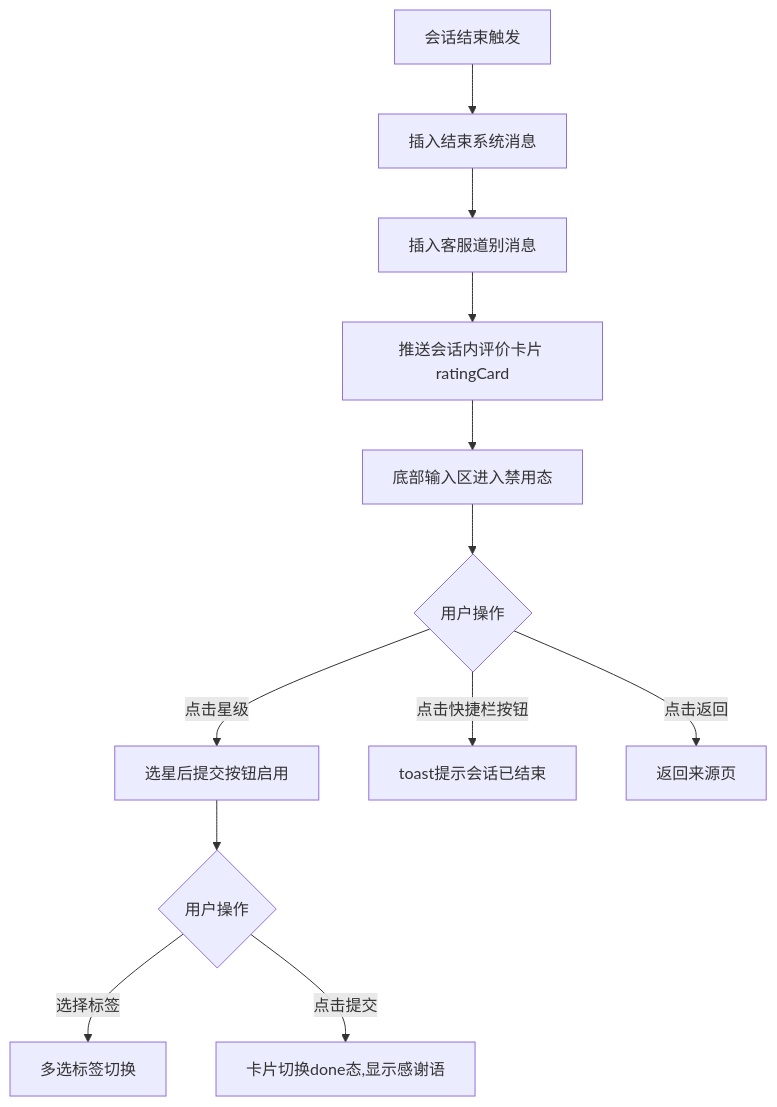
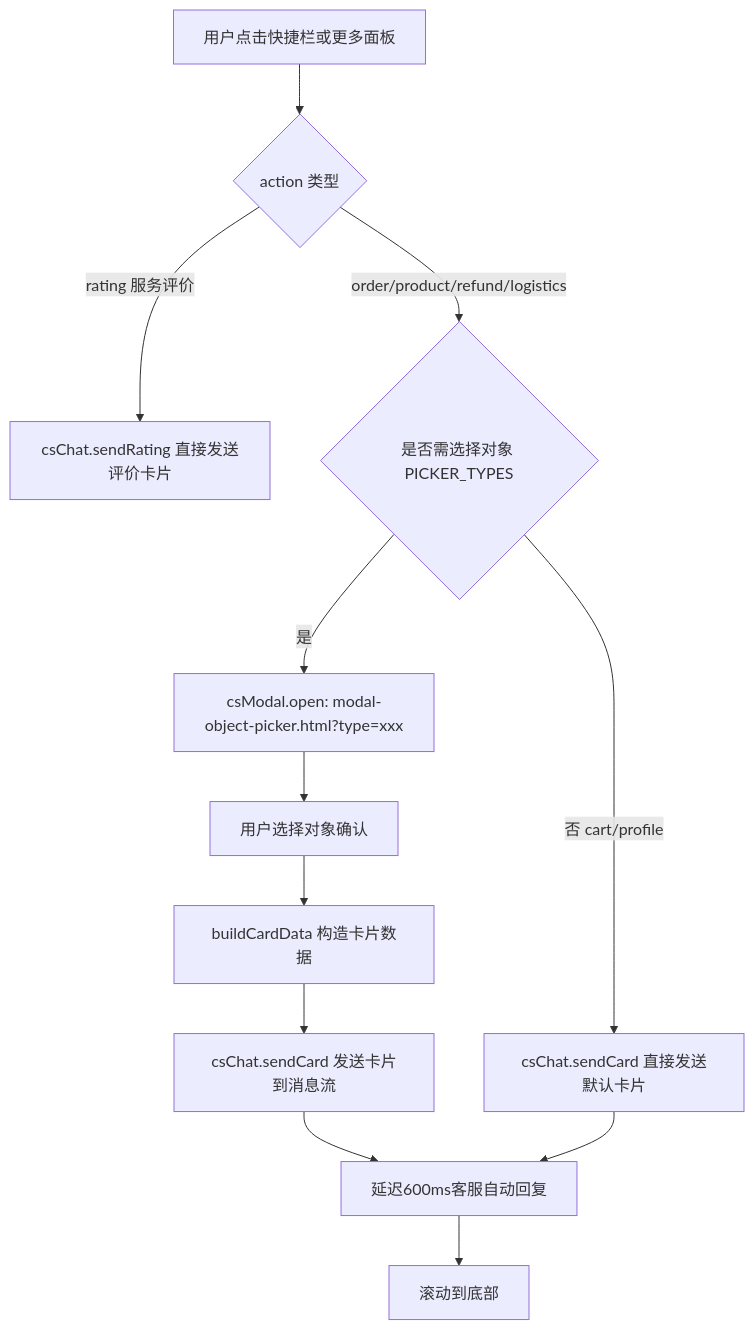
The eighth of 9 diagrams in prototype-cs/user/PRD/02-聊天主界面.md (lyuxiaohei/OCS), drawn with Mermaid before and after one commit. The commit also changed other lines of this file and 29 other files, not shown here.

````diff
--- a/prototype-cs/user/PRD/02-聊天主界面.md
+++ b/prototype-cs/user/PRD/02-聊天主界面.md
@@ -617,14 +233,14 @@
 ```mermaid
 flowchart TD
-    A[会话结束触发] --> B[插入结束系统消息]
-    B --> C[插入客服道别消息]
-    C --> D[推送会话内评价卡片 ratingCard]
-    D --> E[底部输入区进入禁用态]
-    E --> F{用户操作}
-    F -->|点击星级| G[选星后提交按钮启用]
-    G --> H{用户操作}
-    H -->|选择标签| I[多选标签切换]
-    H -->|点击提交| J[卡片切换done态,显示感谢语]
-    F -->|点击快捷栏按钮| K[toast提示会话已结束]
-    F -->|点击返回| L[返回来源页]
+    A[用户点击快捷栏或更多面板] --> B{action 类型}
+    B -->|rating 服务评价| C[csChat.sendRating 直接发送评价卡片]
+    B -->|order/product/refund/logistics| D{是否需选择对象 PICKER_TYPES}
+    D -->|是| E[csModal.open: modal-object-picker.html?type=xxx]
+    D -->|否 cart/profile| F[csChat.sendCard 直接发送默认卡片]
+    E --> G[用户选择对象确认]
+    G --> H[buildCardData 构造卡片数据]
+    H --> I[csChat.sendCard 发送卡片到消息流]
+    I --> J[延迟600ms客服自动回复]
+    F --> J
+    J --> K[滚动到底部]
 ```
````
